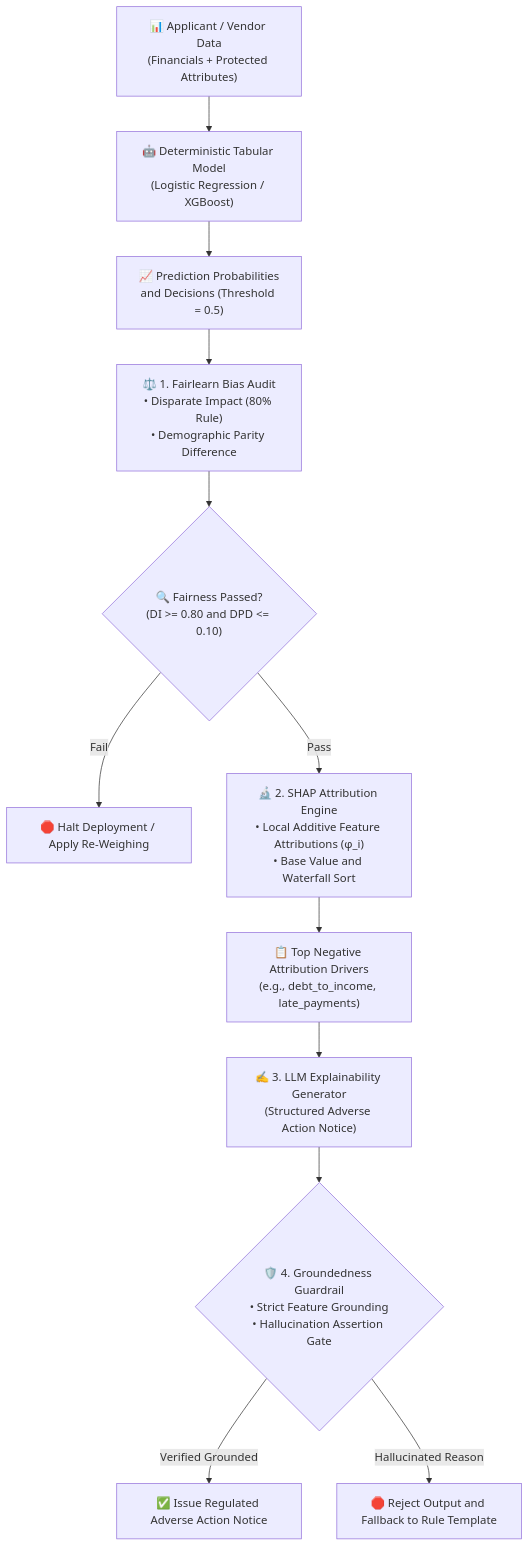
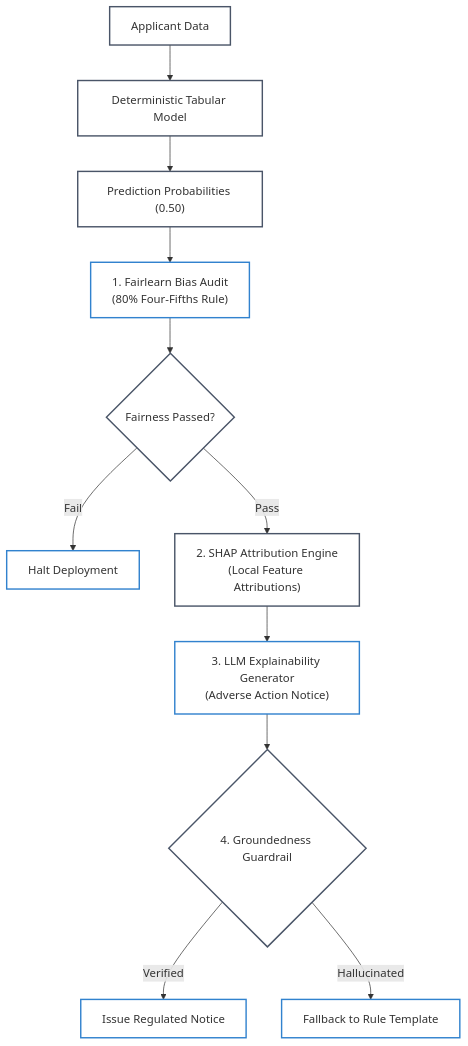
One commit to dip4k/senior-engineer-to-ai-engineer-roadmap changed the diagram in labs/lab-07-hybrid-ml-fairness-and-explainability.md. Above: the diagram before and after it, drawn with Mermaid. The commit also changed other lines of this file and 49 other files, not shown here.

First line of the commit message:
feat(curriculum): complete 2026 refactoring across roadmaps, use-cases, labs, and agent-forge

````diff
--- a/labs/lab-07-hybrid-ml-fairness-and-explainability.md
+++ b/labs/lab-07-hybrid-ml-fairness-and-explainability.md
@@ -20,22 +20,16 @@
 ```mermaid
 flowchart TD
-    Data["📊 Applicant / Vendor Data<br>(Financials + Protected Attributes)"] --> Model["🤖 Deterministic Tabular Model<br>(Logistic Regression / XGBoost)"]
-    
-    Model --> Predictions["📈 Prediction Probabilities<br>and Decisions (Threshold = 0.5)"]
-    
-    Predictions --> FairlearnAudit["⚖️ 1. Fairlearn Bias Audit<br>• Disparate Impact (80% Rule)<br>• Demographic Parity Difference"]
-    
-    FairCheck{"🔍 Fairness Passed?<br>(DI >= 0.80 and DPD <= 0.10)"}
-    FairlearnAudit --> FairCheck
-    FairCheck -- "Fail" --> Mitigate["🛑 Halt Deployment / Apply Re-Weighing"]
-    FairCheck -- "Pass" --> SHAP_Engine["🔬 2. SHAP Attribution Engine<br>• Local Additive Feature Attributions (φ_i)<br>• Base Value and Waterfall Sort"]
-    
-    SHAP_Engine --> TopFactors["📋 Top Negative Attribution Drivers<br>(e.g., debt_to_income, late_payments)"]
-    
-    TopFactors --> LLM_Gen["✍️ 3. LLM Explainability Generator<br>(Structured Adverse Action Notice)"]
-    
-    LLM_Gen --> Guardrail{"🛡️ 4. Groundedness Guardrail<br>• Strict Feature Grounding<br>• Hallucination Assertion Gate"}
-    
-    Guardrail -- "Verified Grounded" --> CompliantNotice["✅ Issue Regulated Adverse Action Notice"]
-    Guardrail -- "Hallucinated Reason" --> Quarantined["🛑 Reject Output and Fallback to Rule Template"]
+    classDef default fill:none,stroke:#4a5568,stroke-width:2px;
+    classDef highlight fill:none,stroke:#3182ce,stroke-width:2px;
+
+    Data["Applicant Data"]:::default --> Model["Deterministic Tabular Model"]:::default
+    Model --> Predictions["Prediction Probabilities (0.50)"]:::default
+    Predictions --> FairlearnAudit["1. Fairlearn Bias Audit<br>(80% Four-Fifths Rule)"]:::highlight
+    FairlearnAudit --> FairCheck{"Fairness Passed?"}:::default
+    FairCheck -- "Fail" --> Mitigate["Halt Deployment"]:::highlight
+    FairCheck -- "Pass" --> SHAP_Engine["2. SHAP Attribution Engine<br>(Local Feature Attributions)"]:::default
+    SHAP_Engine --> LLM_Gen["3. LLM Explainability Generator<br>(Adverse Action Notice)"]:::highlight
+    LLM_Gen --> Guardrail{"4. Groundedness Guardrail"}:::default
+    Guardrail -- "Verified" --> CompliantNotice["Issue Regulated Notice"]:::highlight
+    Guardrail -- "Hallucinated" --> Quarantined["Fallback to Rule Template"]:::highlight
 ```
````
